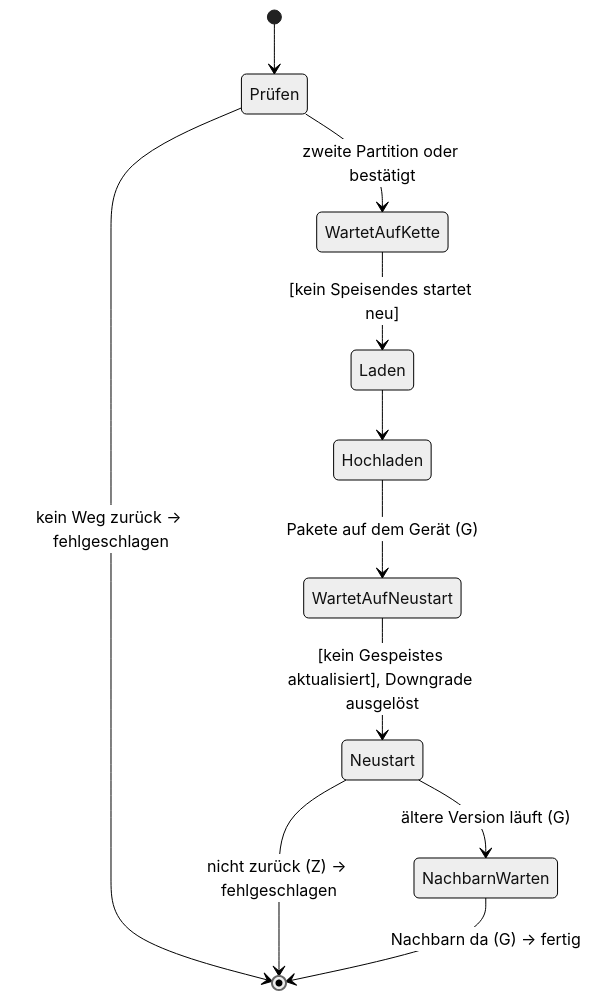
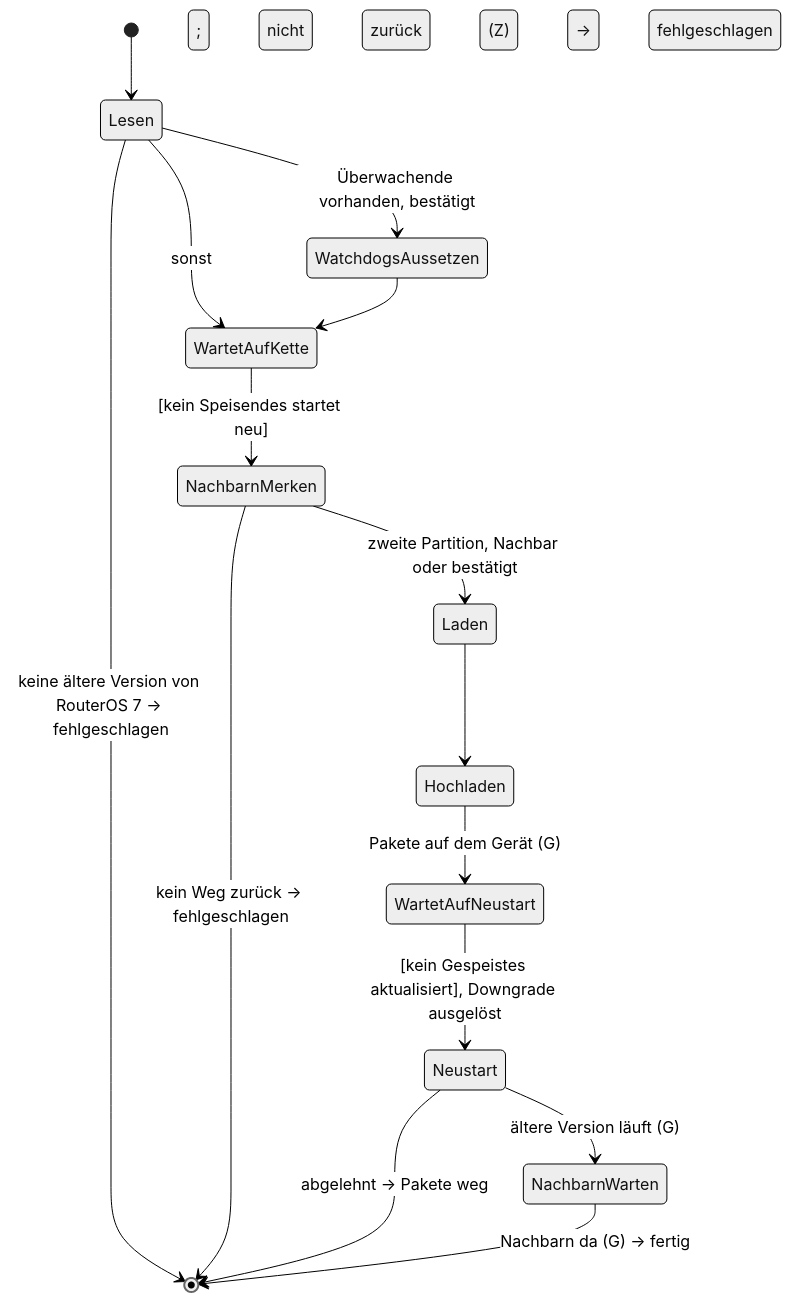
One commit to koa/netbox-provisioner changed the fourth of 10 diagrams in docs/concepts/device-state.md. Above: the diagram before and after it, drawn with Mermaid (neutral theme). The commit also changed other lines of this file and 5 other files, not shown here.

````diff
--- a/docs/concepts/device-state.md
+++ b/docs/concepts/device-state.md
@@ -277,13 +300,17 @@
 ```mermaid
 stateDiagram-v2
-    [*] --> Prüfen
-    Prüfen --> [*]: kein Weg zurück → fehlgeschlagen
-    Prüfen --> WartetAufKette: zweite Partition oder bestätigt
-    WartetAufKette --> Laden: [kein Speisendes startet neu]
+    [*] --> Lesen
+    Lesen --> WatchdogsAussetzen: Überwachende vorhanden, bestätigt
+    Lesen --> WartetAufKette: sonst
+    Lesen --> [*]: keine ältere Version von RouterOS 7 → fehlgeschlagen
+    WatchdogsAussetzen --> WartetAufKette
+    WartetAufKette --> NachbarnMerken: [kein Speisendes startet neu]
+    NachbarnMerken --> Laden: zweite Partition, Nachbar oder bestätigt
+    NachbarnMerken --> [*]: kein Weg zurück → fehlgeschlagen
     Laden --> Hochladen
     Hochladen --> WartetAufNeustart: Pakete auf dem Gerät (G)
     WartetAufNeustart --> Neustart: [kein Gespeistes aktualisiert], Downgrade ausgelöst
     Neustart --> NachbarnWarten: ältere Version läuft (G)
-    Neustart --> [*]: nicht zurück (Z) → fehlgeschlagen
+    Neustart --> [*]: abgelehnt → Pakete weg; nicht zurück (Z) → fehlgeschlagen
     NachbarnWarten --> [*]: Nachbarn da (G) → fertig
 ```
````
